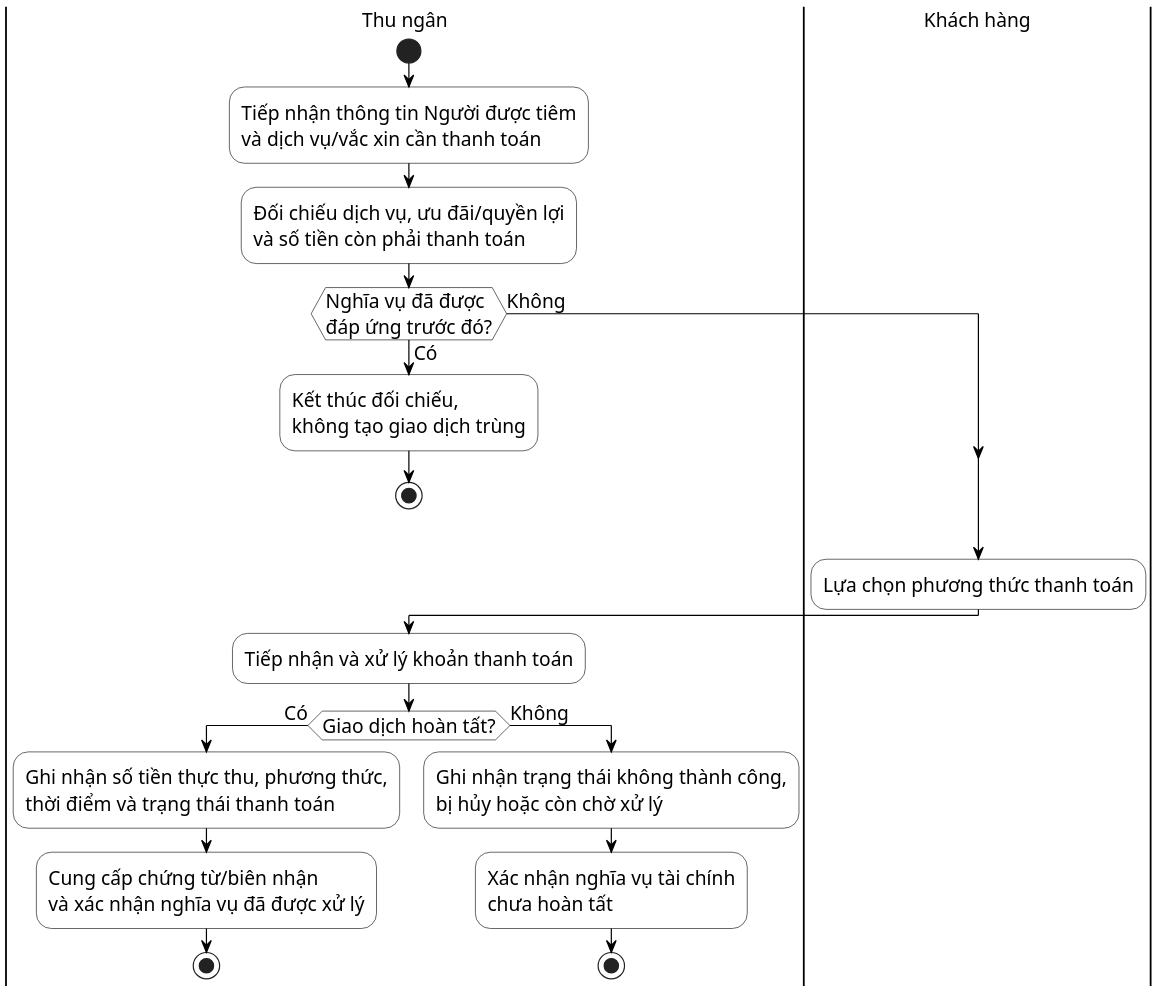
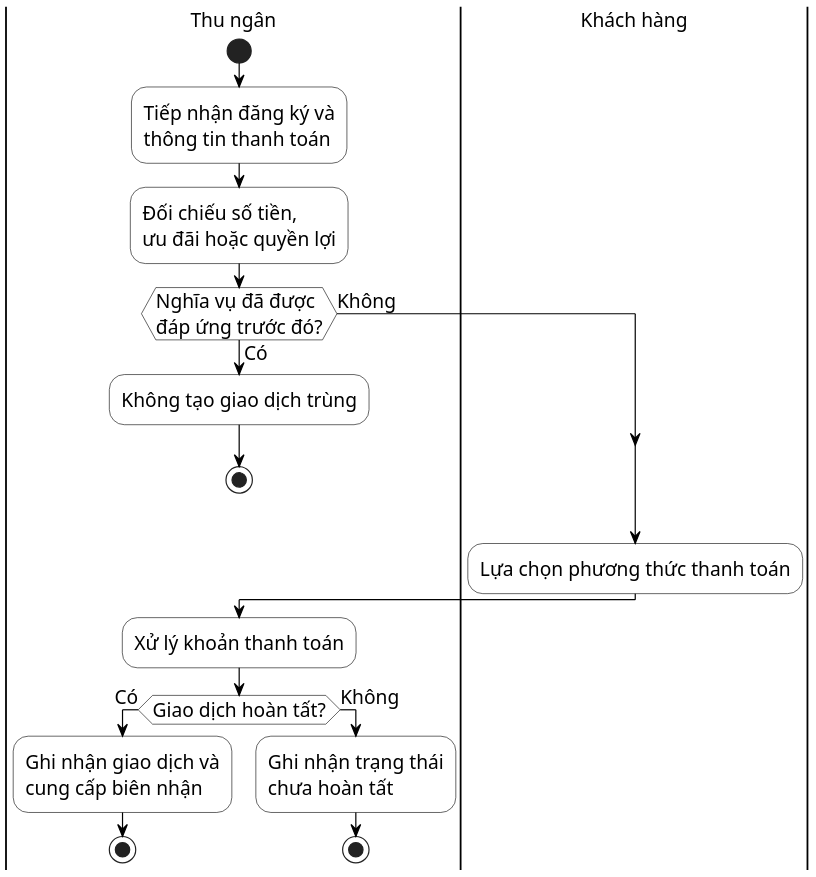
The diagram in docs/thesis/uml/Hinh_2_7_Activity_Thanh_Toan.puml (datngo1203/KLCN-QuanLyTiemChung), drawn with PlantUML before and after one commit. The commit also changed 6 other files, not shown here.

Commit message:
docs: compact business activity flow wording

```diff
--- a/docs/thesis/uml/Hinh_2_7_Activity_Thanh_Toan.puml
+++ b/docs/thesis/uml/Hinh_2_7_Activity_Thanh_Toan.puml
@@ -1,40 +1,40 @@
 @startuml
-' HUIT UML Visual Profile v1 - compact-fixed layout
+' HUIT UML Visual Profile v1 - compact data-aware layout
 skinparam monochrome true
 skinparam shadowing false
 skinparam backgroundColor white
 skinparam defaultFontName "Times New Roman"
 skinparam defaultFontSize 16
 skinparam ArrowColor black
 skinparam ActivityBorderColor black
 skinparam ActivityBackgroundColor white
 skinparam PartitionBorderColor black
 skinparam PartitionBackgroundColor white
+skinparam nodesep 20
+skinparam ranksep 24
 skinparam dpi 180
 
 |Thu ngân|
 start
-:Tiếp nhận thông tin Người được tiêm\nvà dịch vụ/vắc xin cần thanh toán;
-:Đối chiếu dịch vụ, ưu đãi/quyền lợi\nvà số tiền còn phải thanh toán;
+:Tiếp nhận đăng ký và\nthông tin thanh toán;
+:Đối chiếu số tiền,\nưu đãi hoặc quyền lợi;
 
 if (Nghĩa vụ đã được\nđáp ứng trước đó?) then (Có)
-  :Kết thúc đối chiếu,\nkhông tạo giao dịch trùng;
+  :Không tạo giao dịch trùng;
   stop
 else (Không)
 endif
 
 |Khách hàng|
 :Lựa chọn phương thức thanh toán;
 
 |Thu ngân|
-:Tiếp nhận và xử lý khoản thanh toán;
+:Xử lý khoản thanh toán;
 if (Giao dịch hoàn tất?) then (Có)
-  :Ghi nhận số tiền thực thu, phương thức,\nthời điểm và trạng thái thanh toán;
-  :Cung cấp chứng từ/biên nhận\nvà xác nhận nghĩa vụ đã được xử lý;
+  :Ghi nhận giao dịch và\ncung cấp biên nhận;
   stop
 else (Không)
-  :Ghi nhận trạng thái không thành công,\nbị hủy hoặc còn chờ xử lý;
-  :Xác nhận nghĩa vụ tài chính\nchưa hoàn tất;
+  :Ghi nhận trạng thái\nchưa hoàn tất;
   stop
 endif
 @enduml
```
